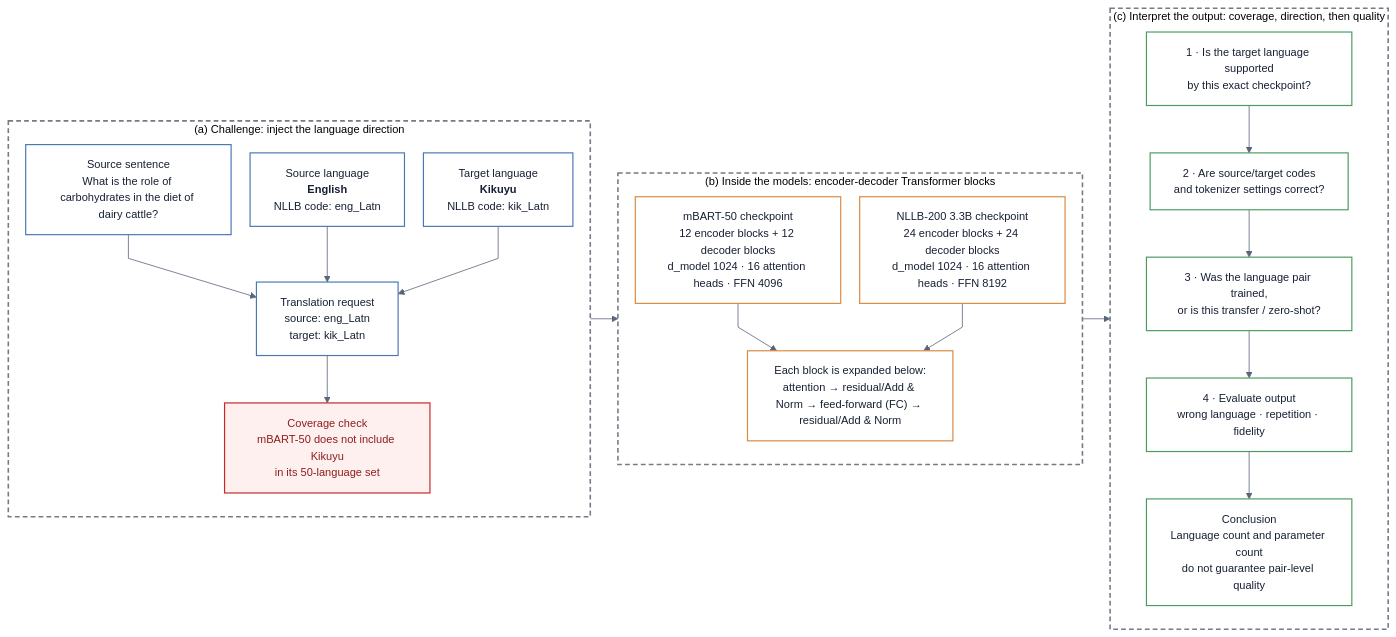
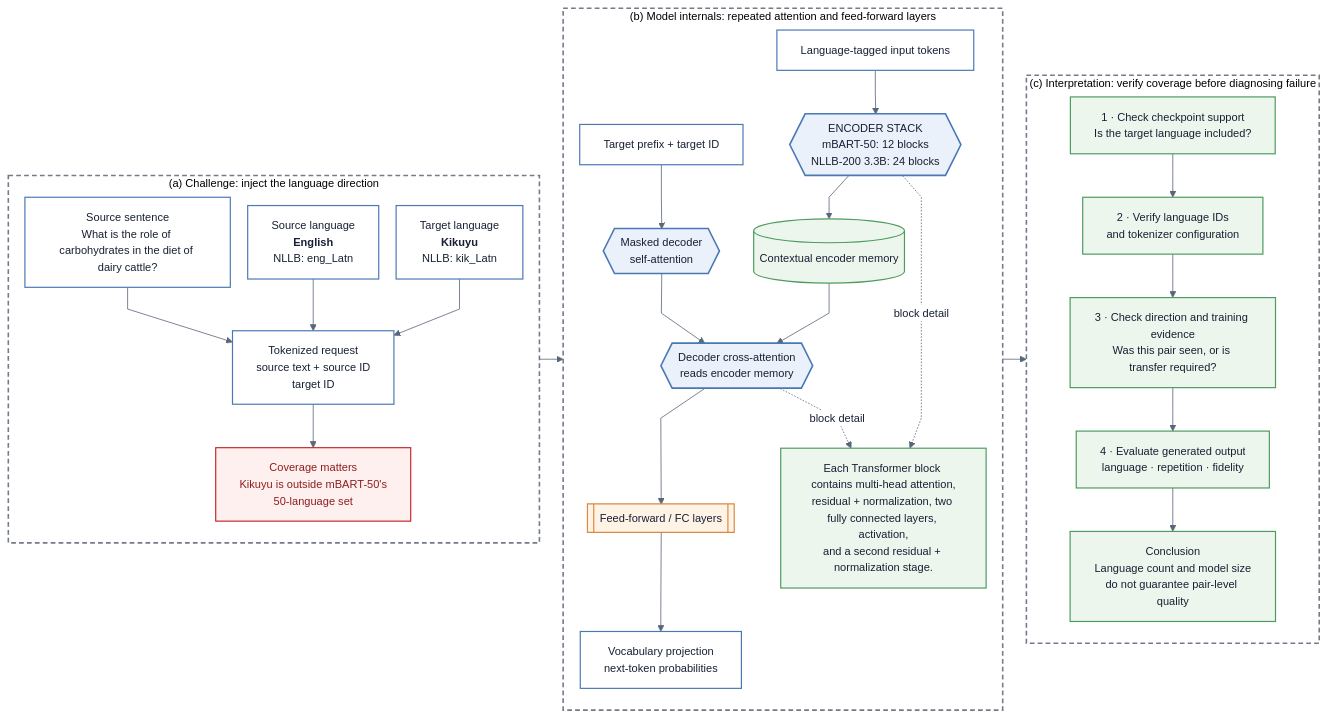
Before and after one commit to dabinotek/GradioDemo: the first of 3 diagrams in intuition_3.md, drawn with Mermaid. The commit also changed other lines of this file, not shown here.

Commit message:
Refine intuition_3 architecture infographic layout

````diff
--- a/intuition_3.md
+++ b/intuition_3.md
@@ -7,48 +7,52 @@
 ```mermaid
-%%{init: {"theme":"base","themeVariables":{"background":"#ffffff","mainBkg":"#ffffff","primaryColor":"#ffffff","primaryTextColor":"#172033","lineColor":"#596579","fontSize":"14px"},"flowchart":{"htmlLabels":true,"curve":"linear","nodeSpacing":24,"rankSpacing":35}}}%%
+%%{init: {"theme":"base","themeVariables":{"background":"#ffffff","mainBkg":"#ffffff","primaryColor":"#ffffff","primaryTextColor":"#172033","lineColor":"#596579","fontSize":"14px"},"flowchart":{"htmlLabels":true,"curve":"linear","nodeSpacing":22,"rankSpacing":30}}}%%
 flowchart LR
     subgraph A["(a) Challenge: inject the language direction"]
         direction TB
-        A_TEXT["Source sentence<br/>What is the role of carbohydrates in the diet of dairy cattle?"]
-        A_SRC["Source language<br/><b>English</b><br/>NLLB code: eng_Latn"]
-        A_TGT["Target language<br/><b>Kikuyu</b><br/>NLLB code: kik_Latn"]
-        A_INPUT["Translation request<br/>source: eng_Latn<br/>target: kik_Latn"]
-        A_TEXT --> A_INPUT
-        A_SRC --> A_INPUT
-        A_TGT --> A_INPUT
-        A_GAP["Coverage check<br/>mBART-50 does not include Kikuyu<br/>in its 50-language set"]
-        A_INPUT --> A_GAP
+        A_TXT["Source sentence<br/>What is the role of carbohydrates in the diet of dairy cattle?"]
+        A_SRC["Source language<br/><b>English</b><br/>NLLB: eng_Latn"]
+        A_TGT["Target language<br/><b>Kikuyu</b><br/>NLLB: kik_Latn"]
+        A_PACK["Tokenized request<br/>source text + source ID<br/>target ID"]
+        A_TXT --> A_PACK
+        A_SRC --> A_PACK
+        A_TGT --> A_PACK
+        A_COVER["Coverage matters<br/>Kikuyu is outside mBART-50's<br/>50-language set"]
+        A_PACK --> A_COVER
     end
 
-    subgraph B["(b) Inside the models: encoder-decoder Transformer blocks"]
+    subgraph B["(b) Model internals: repeated attention and feed-forward layers"]
         direction TB
-        B_MBART["mBART-50 checkpoint<br/>12 encoder blocks + 12 decoder blocks<br/>d_model 1024 · 16 attention heads · FFN 4096"]
-        B_NLLB["NLLB-200 3.3B checkpoint<br/>24 encoder blocks + 24 decoder blocks<br/>d_model 1024 · 16 attention heads · FFN 8192"]
-        B_NOTE["Each block is expanded below:<br/>attention → residual/Add & Norm → feed-forward (FC) → residual/Add & Norm"]
-        B_MBART --> B_NOTE
-        B_NLLB --> B_NOTE
+        B_IN["Language-tagged input tokens"] --> B_ENC{{"ENCODER STACK<br/>mBART-50: 12 blocks<br/>NLLB-200 3.3B: 24 blocks"}} --> B_MEM[("Contextual encoder memory")]
+        B_MEM --> B_XATT{{"Decoder cross-attention<br/>reads encoder memory"}} --> B_FF[["Feed-forward / FC layers"]] --> B_OUT["Vocabulary projection<br/>next-token probabilities"]
+        B_PREFIX["Target prefix + target ID"] --> B_SELF{{"Masked decoder<br/>self-attention"}} --> B_XATT
+        B_NOTE["Each Transformer block contains multi-head attention,<br/>residual + normalization, two fully connected layers, activation,<br/>and a second residual + normalization stage."]
+        B_ENC -. "block detail" .-> B_NOTE
+        B_XATT -. "block detail" .-> B_NOTE
     end
 
-    subgraph C["(c) Interpret the output: coverage, direction, then quality"]
+    subgraph C["(c) Interpretation: verify coverage before diagnosing failure"]
         direction TB
-        C_LANG["1 · Is the target language supported<br/>by this exact checkpoint?"] --> C_CODE["2 · Are source/target codes<br/>and tokenizer settings correct?"]
-        C_CODE --> C_PAIR["3 · Was the language pair trained,<br/>or is this transfer / zero-shot?"]
-        C_PAIR --> C_OUT["4 · Evaluate output<br/>wrong language · repetition · fidelity"]
-        C_OUT --> C_CAUSE["Conclusion<br/>Language count and parameter count<br/>do not guarantee pair-level quality"]
+        C1["1 · Check checkpoint support<br/>Is the target language included?"] --> C2["2 · Verify language IDs<br/>and tokenizer configuration"]
+        C2 --> C3["3 · Check direction and training evidence<br/>Was this pair seen, or is transfer required?"]
+        C3 --> C4["4 · Evaluate generated output<br/>language · repetition · fidelity"]
+        C4 --> C5["Conclusion<br/>Language count and model size<br/>do not guarantee pair-level quality"]
     end
 
-    A_GAP --> B
-    B --> C
+    A_COVER --> B_IN
+    B_OUT --> C1
 
     classDef data fill:#ffffff,stroke:#4a78b5,color:#172033,stroke-width:1.5px;
-    classDef model fill:#ffffff,stroke:#d98a42,color:#172033,stroke-width:1.5px;
-    classDef diagnostic fill:#ffffff,stroke:#4d9b61,color:#172033,stroke-width:1.5px;
+    classDef attention fill:#eaf1fb,stroke:#4a78b5,color:#172033,stroke-width:2px;
+    classDef dense fill:#fff3e6,stroke:#d98a42,color:#172033,stroke-width:1.5px;
+    classDef diagnostic fill:#edf6ed,stroke:#4d9b61,color:#172033,stroke-width:1.5px;
     classDef caution fill:#fff0f0,stroke:#c62828,color:#8f1d1d,stroke-width:1.5px;
-    class A_TEXT,A_SRC,A_TGT,A_INPUT data;
-    class B_MBART,B_NLLB,B_NOTE model;
-    class C_LANG,C_CODE,C_PAIR,C_OUT,C_CAUSE diagnostic;
-    class A_GAP caution;
+    class A_TXT,A_SRC,A_TGT,A_PACK,B_IN,B_PREFIX,B_OUT data;
+    class B_ENC,B_XATT,B_SELF attention;
+    class B_FF dense;
+    class B_MEM,B_NOTE diagnostic;
+    class A_COVER caution;
+    class C1,C2,C3,C4,C5 diagnostic;
     style A fill:#ffffff,stroke:#737b88,stroke-width:2px,stroke-dasharray:6 4
     style B fill:#ffffff,stroke:#737b88,stroke-width:2px,stroke-dasharray:6 4
     style C fill:#ffffff,stroke:#737b88,stroke-width:2px,stroke-dasharray:6 4
 ```
````
